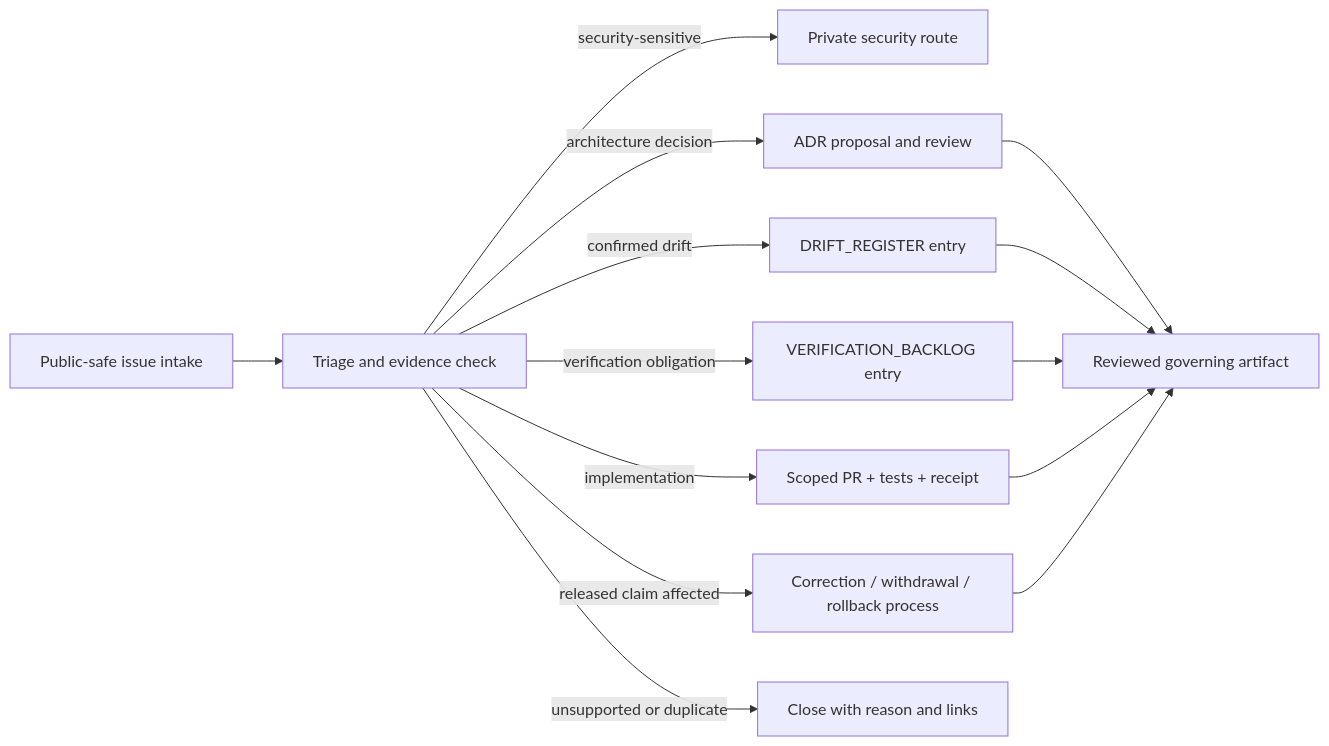
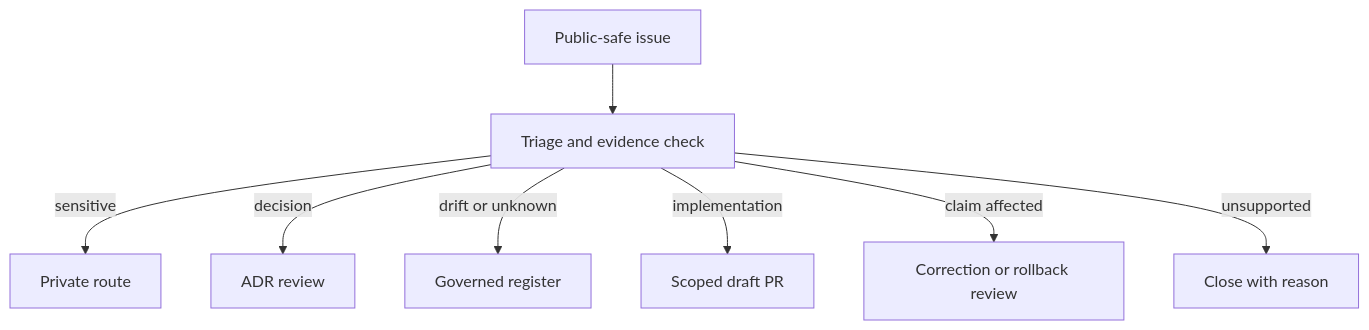
The diagram in .github/ISSUE_TEMPLATE/README.md (bartytime4life/Kansas-Frontier-Matrix), drawn with Mermaid before and after one commit. The commit also changed other lines of this file and 3 other files, not shown here.

````diff
--- a/.github/ISSUE_TEMPLATE/README.md
+++ b/.github/ISSUE_TEMPLATE/README.md
@@ -385,17 +177,10 @@
 ```mermaid
-flowchart LR
-    I["Public-safe issue intake"] --> T["Triage and evidence check"]
-    T -->|security-sensitive| S["Private security route"]
-    T -->|architecture decision| A["ADR proposal and review"]
-    T -->|confirmed drift| D["DRIFT_REGISTER entry"]
-    T -->|verification obligation| V["VERIFICATION_BACKLOG entry"]
-    T -->|implementation| P["Scoped PR + tests + receipt"]
-    T -->|released claim affected| C["Correction / withdrawal / rollback process"]
-    T -->|unsupported or duplicate| N["Close with reason and links"]
-
-    A --> R["Reviewed governing artifact"]
-    D --> R
-    V --> R
-    P --> R
-    C --> R
+flowchart TD
+    I["Public-safe issue"] --> T["Triage and evidence check"]
+    T -->|sensitive| S["Private route"]
+    T -->|decision| A["ADR review"]
+    T -->|drift or unknown| G["Governed register"]
+    T -->|implementation| P["Scoped draft PR"]
+    T -->|claim affected| C["Correction or rollback review"]
+    T -->|unsupported| N["Close with reason"]
 ```
````
